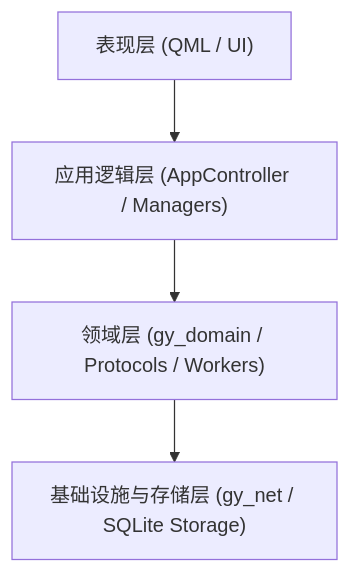
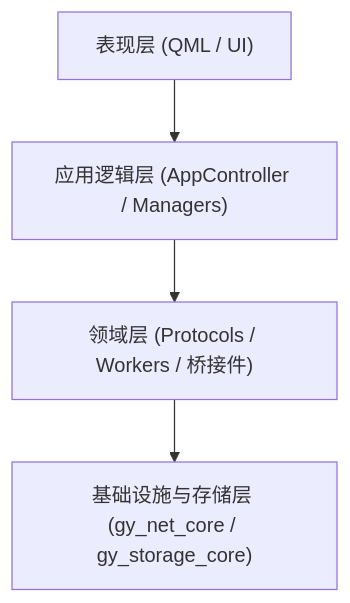
Before and after one commit to Gsheep0729/GridYard: the first of 2 diagrams in doc/dev-manual/规格与设计/鸽邮(GridYard)——C++23与Qt6工程代码规范.md, drawn with Mermaid. The commit also changed other lines of this file and 4 other files, not shown here.

````diff
--- a/doc/dev-manual/规格与设计/鸽邮(GridYard)——C++23与Qt6工程代码规范.md
+++ b/doc/dev-manual/规格与设计/鸽邮(GridYard)——C++23与Qt6工程代码规范.md
@@ -52,6 +52,6 @@
 ```mermaid
 graph TD
     UI["表现层 (QML / UI)"] --> APP["应用逻辑层 (AppController / Managers)"]
-    APP --> DOM["领域层 (gy_domain / Protocols / Workers)"]
-    DOM --> INFRA["基础设施与存储层 (gy_net / SQLite Storage)"]
+    APP --> DOM["领域层 (Protocols / Workers / 桥接件)"]
+    DOM --> INFRA["基础设施与存储层 (gy_net_core / gy_storage_core)"]
 ```
````
